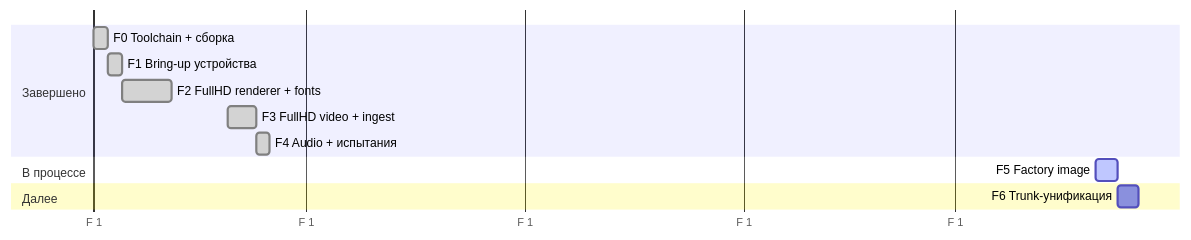
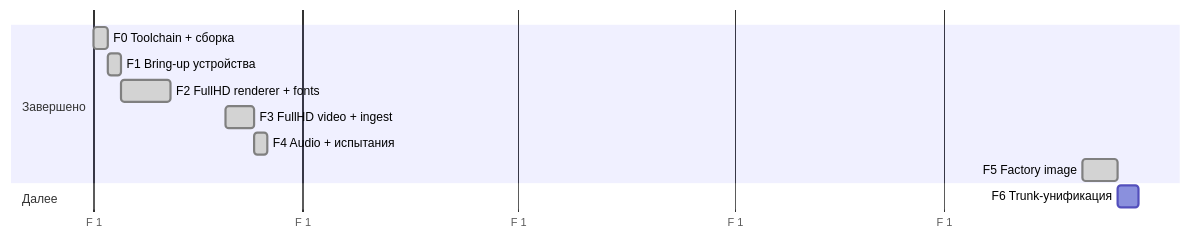
The third of 3 diagrams in README.md (OSabuser/rpi-multimedia-display), drawn with Mermaid before and after one commit. The commit also changed other lines of this file and 4 other files, not shown here.

````diff
--- a/README.md
+++ b/README.md
@@ -259,18 +259,16 @@
 ```mermaid
 gantt
     dateFormat  YYYY-MM-DD
     axisFormat  F%e
 
     section Завершено
     F0 Toolchain + сборка      :done, f0, 2026-06-01, 2d
     F1 Bring-up устройства     :done, f1, after f0, 2d
     F2 FullHD renderer + fonts :done, f2, after f1, 7d
     F3 FullHD video + ingest   :done, f3, 2026-06-20, 4d
     F4 Audio + испытания       :done, f4, after f3, 2d
-
-    section В процессе
-    F5 Factory image           :active, f5, 2026-10-21, 3d
+    F5 Factory image           :done, f5, 2026-10-21, 5d
 
     section Далее
     F6 Trunk-унификация        :f6, after f5, 3d
 ```
````
